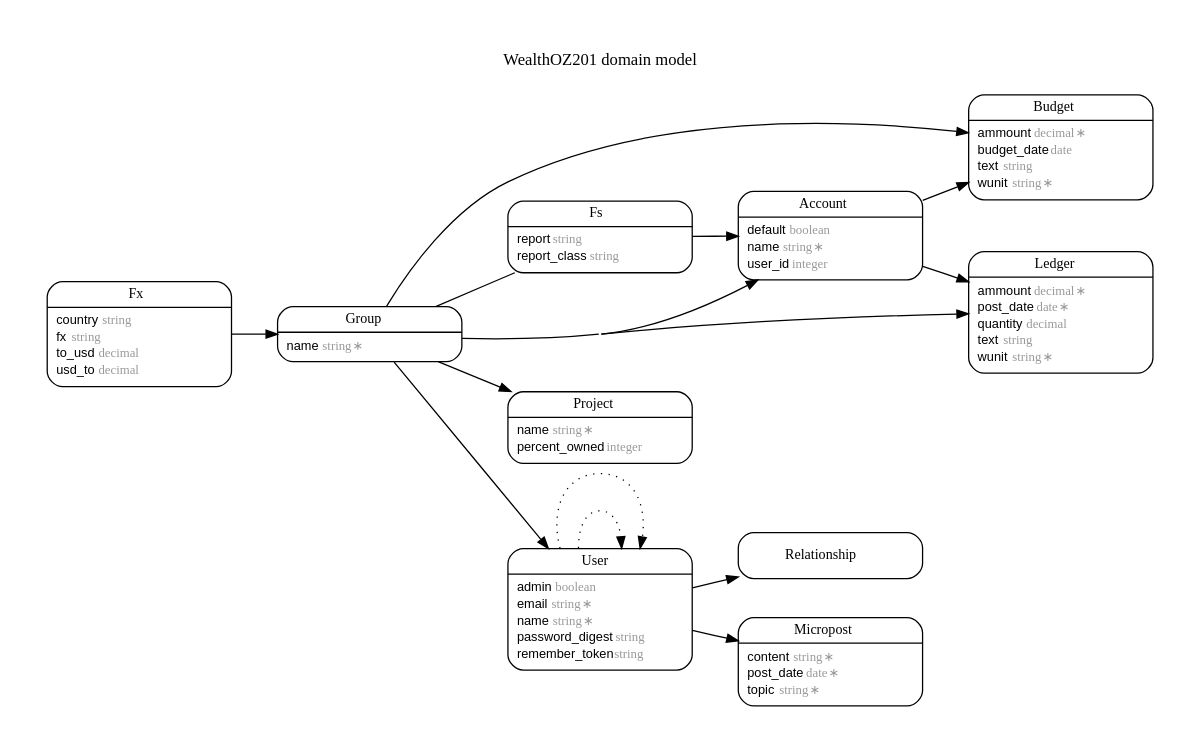
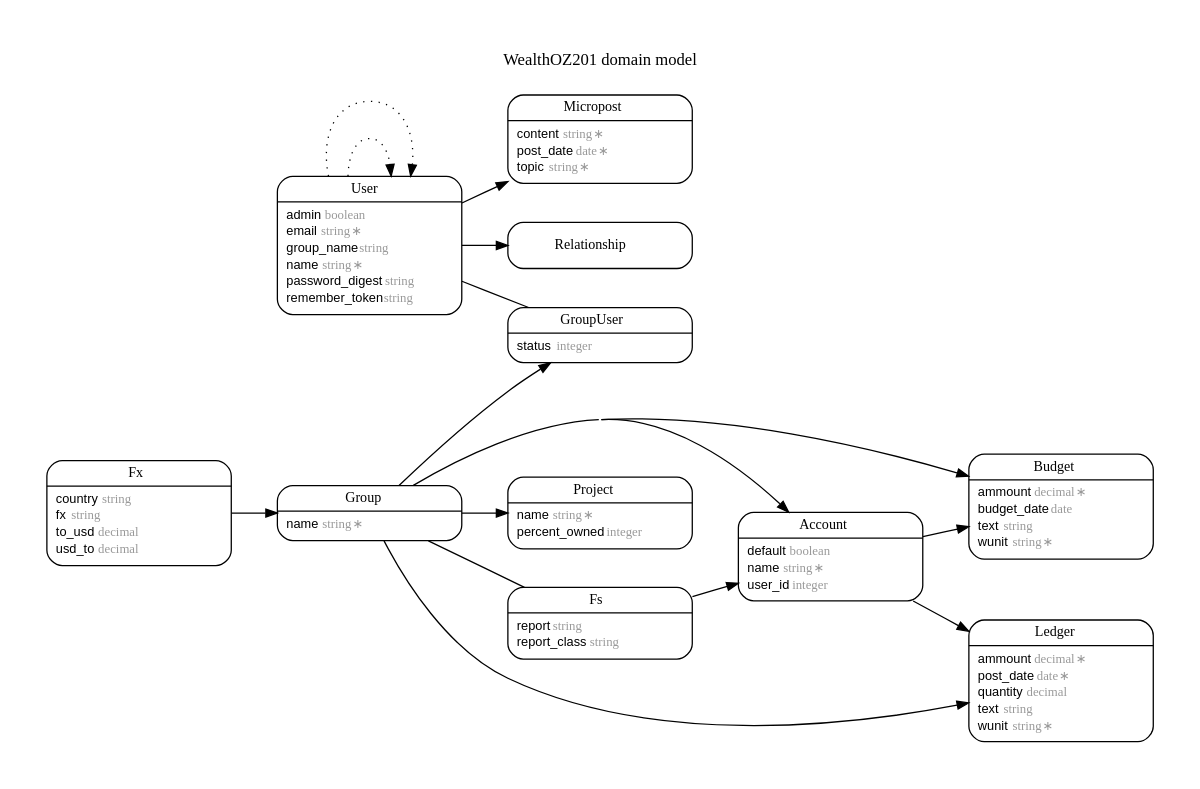
The diagram in erd.dot (wealthoz/wealthoz.com), drawn with Graphviz before and after one commit. The commit also changed 24 other files, not shown here.

```diff
--- a/erd.dot
+++ b/erd.dot
@@ -1,125 +1,137 @@
 digraph WealthOZ201 {
 rankdir = "LR";
 ranksep = "0.5";
 nodesep = "0.4";
 pad = "0.4,0.4";
 margin = "0,0";
 concentrate = "true";
 labelloc = "t";
 fontsize = "13";
 fontname = "Arial Bold";
 node[ shape  =  "Mrecord" , fontsize  =  "10" , fontname  =  "Arial" , margin  =  "0.07,0.05" , penwidth  =  "1.0"];
 edge[ fontname  =  "Arial" , fontsize  =  "7" , dir  =  "both" , arrowsize  =  "0.9" , penwidth  =  "1.0" , labelangle  =  "32" , labeldistance  =  "1.8"];
 label = "WealthOZ201 domain model\n\n";
 m_Account [label = <<table border="0" align="center" cellspacing="0.5" cellpadding="0" width="134">
   <tr><td align="center" valign="bottom" width="130"><font face="Arial Bold" point-size="11">Account</font></td></tr>
 </table>
 |
 <table border="0" align="left" cellspacing="2" cellpadding="0" width="134">
   <tr><td align="left" width="130" port="default">default <font face="Arial Italic" color="grey60">boolean</font></td></tr>
   <tr><td align="left" width="130" port="name">name <font face="Arial Italic" color="grey60">string ∗</font></td></tr>
   <tr><td align="left" width="130" port="user_id">user_id <font face="Arial Italic" color="grey60">integer</font></td></tr>
 </table>
 >];
 m_Budget [label = <<table border="0" align="center" cellspacing="0.5" cellpadding="0" width="134">
   <tr><td align="center" valign="bottom" width="130"><font face="Arial Bold" point-size="11">Budget</font></td></tr>
 </table>
 |
 <table border="0" align="left" cellspacing="2" cellpadding="0" width="134">
   <tr><td align="left" width="130" port="ammount">ammount <font face="Arial Italic" color="grey60">decimal ∗</font></td></tr>
   <tr><td align="left" width="130" port="budget_date">budget_date <font face="Arial Italic" color="grey60">date</font></td></tr>
   <tr><td align="left" width="130" port="text">text <font face="Arial Italic" color="grey60">string</font></td></tr>
   <tr><td align="left" width="130" port="wunit">wunit <font face="Arial Italic" color="grey60">string ∗</font></td></tr>
 </table>
 >];
 m_Fs [label = <<table border="0" align="center" cellspacing="0.5" cellpadding="0" width="134">
   <tr><td align="center" valign="bottom" width="130"><font face="Arial Bold" point-size="11">Fs</font></td></tr>
 </table>
 |
 <table border="0" align="left" cellspacing="2" cellpadding="0" width="134">
   <tr><td align="left" width="130" port="report">report <font face="Arial Italic" color="grey60">string</font></td></tr>
   <tr><td align="left" width="130" port="report_class">report_class <font face="Arial Italic" color="grey60">string</font></td></tr>
 </table>
 >];
 m_Fx [label = <<table border="0" align="center" cellspacing="0.5" cellpadding="0" width="134">
   <tr><td align="center" valign="bottom" width="130"><font face="Arial Bold" point-size="11">Fx</font></td></tr>
 </table>
 |
 <table border="0" align="left" cellspacing="2" cellpadding="0" width="134">
   <tr><td align="left" width="130" port="country">country <font face="Arial Italic" color="grey60">string</font></td></tr>
   <tr><td align="left" width="130" port="fx">fx <font face="Arial Italic" color="grey60">string</font></td></tr>
   <tr><td align="left" width="130" port="to_usd">to_usd <font face="Arial Italic" color="grey60">decimal</font></td></tr>
   <tr><td align="left" width="130" port="usd_to">usd_to <font face="Arial Italic" color="grey60">decimal</font></td></tr>
 </table>
 >];
 m_Group [label = <<table border="0" align="center" cellspacing="0.5" cellpadding="0" width="134">
   <tr><td align="center" valign="bottom" width="130"><font face="Arial Bold" point-size="11">Group</font></td></tr>
 </table>
 |
 <table border="0" align="left" cellspacing="2" cellpadding="0" width="134">
   <tr><td align="left" width="130" port="name">name <font face="Arial Italic" color="grey60">string ∗</font></td></tr>
 </table>
 >];
+m_GroupUser [label = <<table border="0" align="center" cellspacing="0.5" cellpadding="0" width="134">
+  <tr><td align="center" valign="bottom" width="130"><font face="Arial Bold" point-size="11">GroupUser</font></td></tr>
+</table>
+|
+<table border="0" align="left" cellspacing="2" cellpadding="0" width="134">
+  <tr><td align="left" width="130" port="status">status <font face="Arial Italic" color="grey60">integer</font></td></tr>
+</table>
+>];
 m_Ledger [label = <<table border="0" align="center" cellspacing="0.5" cellpadding="0" width="134">
   <tr><td align="center" valign="bottom" width="130"><font face="Arial Bold" point-size="11">Ledger</font></td></tr>
 </table>
 |
 <table border="0" align="left" cellspacing="2" cellpadding="0" width="134">
   <tr><td align="left" width="130" port="ammount">ammount <font face="Arial Italic" color="grey60">decimal ∗</font></td></tr>
   <tr><td align="left" width="130" port="post_date">post_date <font face="Arial Italic" color="grey60">date ∗</font></td></tr>
   <tr><td align="left" width="130" port="quantity">quantity <font face="Arial Italic" color="grey60">decimal</font></td></tr>
   <tr><td align="left" width="130" port="text">text <font face="Arial Italic" color="grey60">string</font></td></tr>
   <tr><td align="left" width="130" port="wunit">wunit <font face="Arial Italic" color="grey60">string ∗</font></td></tr>
 </table>
 >];
 m_Micropost [label = <<table border="0" align="center" cellspacing="0.5" cellpadding="0" width="134">
   <tr><td align="center" valign="bottom" width="130"><font face="Arial Bold" point-size="11">Micropost</font></td></tr>
 </table>
 |
 <table border="0" align="left" cellspacing="2" cellpadding="0" width="134">
   <tr><td align="left" width="130" port="content">content <font face="Arial Italic" color="grey60">string ∗</font></td></tr>
   <tr><td align="left" width="130" port="post_date">post_date <font face="Arial Italic" color="grey60">date ∗</font></td></tr>
   <tr><td align="left" width="130" port="topic">topic <font face="Arial Italic" color="grey60">string ∗</font></td></tr>
 </table>
 >];
 m_Project [label = <<table border="0" align="center" cellspacing="0.5" cellpadding="0" width="134">
   <tr><td align="center" valign="bottom" width="130"><font face="Arial Bold" point-size="11">Project</font></td></tr>
 </table>
 |
 <table border="0" align="left" cellspacing="2" cellpadding="0" width="134">
   <tr><td align="left" width="130" port="name">name <font face="Arial Italic" color="grey60">string ∗</font></td></tr>
   <tr><td align="left" width="130" port="percent_owned">percent_owned <font face="Arial Italic" color="grey60">integer</font></td></tr>
 </table>
 >];
 m_Relationship [label = <<table border="0" align="center" cellspacing="0.5" cellpadding="0" width="134">
   <tr><td align="center" valign="bottom" width="130"><font face="Arial Bold" point-size="11">Relationship</font></td></tr>
 </table>
 >];
 m_User [label = <<table border="0" align="center" cellspacing="0.5" cellpadding="0" width="134">
   <tr><td align="center" valign="bottom" width="130"><font face="Arial Bold" point-size="11">User</font></td></tr>
 </table>
 |
 <table border="0" align="left" cellspacing="2" cellpadding="0" width="134">
   <tr><td align="left" width="130" port="admin">admin <font face="Arial Italic" color="grey60">boolean</font></td></tr>
   <tr><td align="left" width="130" port="email">email <font face="Arial Italic" color="grey60">string ∗</font></td></tr>
+  <tr><td align="left" width="130" port="group_name">group_name <font face="Arial Italic" color="grey60">string</font></td></tr>
   <tr><td align="left" width="130" port="name">name <font face="Arial Italic" color="grey60">string ∗</font></td></tr>
   <tr><td align="left" width="130" port="password_digest">password_digest <font face="Arial Italic" color="grey60">string</font></td></tr>
   <tr><td align="left" width="130" port="remember_token">remember_token <font face="Arial Italic" color="grey60">string</font></td></tr>
 </table>
 >];
   m_Group -> m_Account [arrowhead = "normal", arrowtail = "none", weight = "2"];
   m_Fs -> m_Account [arrowhead = "normal", arrowtail = "none", weight = "2"];
   m_Account -> m_Ledger [arrowhead = "normal", arrowtail = "none", weight = "2"];
   m_Account -> m_Budget [arrowhead = "normal", arrowtail = "none", weight = "2"];
   m_Group -> m_Budget [arrowhead = "normal", arrowtail = "none", weight = "2"];
   m_Group -> m_Fs [arrowhead = "none", arrowtail = "none", weight = "2"];
   m_Fx -> m_Group [arrowhead = "normal", arrowtail = "none", weight = "2"];
-  m_Group -> m_User [arrowhead = "normal", arrowtail = "none", weight = "2"];
+  m_Group -> m_GroupUser [arrowhead = "normal", arrowtail = "none", weight = "2"];
+  m_Group -> m_User [style = "dotted", arrowhead = "normal", arrowtail = "none", weight = "1", constraint = "false"];
   m_Group -> m_Project [arrowhead = "normal", arrowtail = "none", weight = "2"];
   m_Group -> m_Ledger [arrowhead = "normal", arrowtail = "none", weight = "2"];
+  m_User -> m_GroupUser [arrowhead = "none", arrowtail = "none", weight = "2"];
   m_User -> m_Micropost [arrowhead = "normal", arrowtail = "none", weight = "2"];
   m_User -> m_Relationship [arrowhead = "normal", arrowtail = "none", weight = "2"];
   m_User -> m_Relationship [arrowhead = "normal", arrowtail = "none", weight = "2"];
+  m_User -> m_Group [style = "dotted", arrowhead = "none", arrowtail = "none", weight = "1", constraint = "false"];
   m_User -> m_User [style = "dotted", arrowhead = "normal", arrowtail = "none", weight = "1", constraint = "false"];
   m_User -> m_User [style = "dotted", arrowhead = "normal", arrowtail = "none", weight = "1", constraint = "false"];
 }
```
